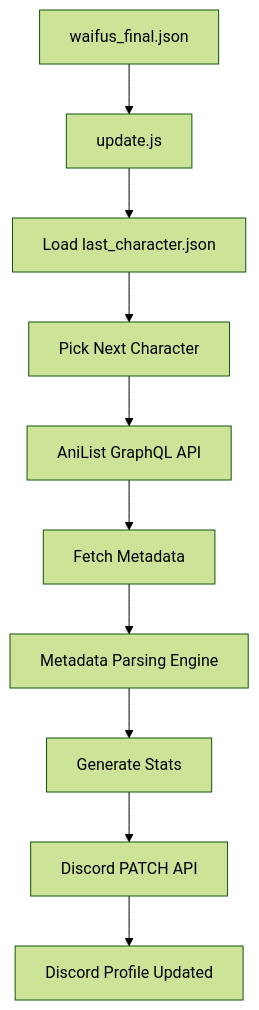
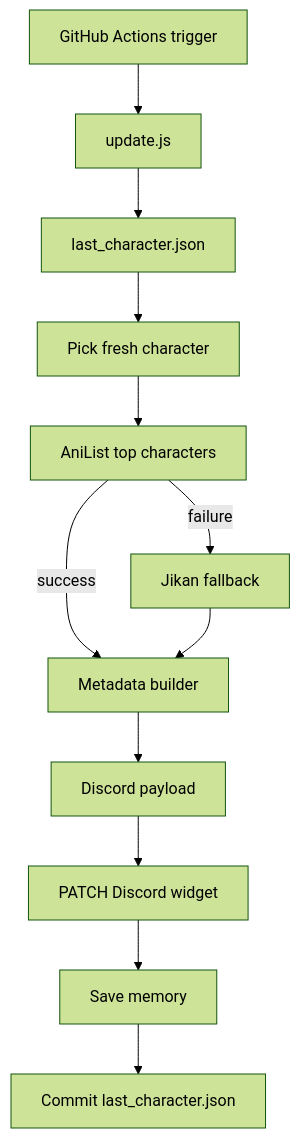
The diagram in README.md (MeYashverma/discord-waifu-widget), drawn with Mermaid (forest theme) before and after one commit. The commit also changed other lines of this file and 14 other files, not shown here.

Commit message:
Recreate widget with live AniList and Jikan sources

````diff
--- a/README.md
+++ b/README.md
@@ -75,21 +136,14 @@
 ```mermaid
 flowchart TD
-
-A[waifus_final.json] --> B[update.js]
-
-B --> C[Load last_character.json]
-
-C --> D[Pick Next Character]
-
-D --> E[AniList GraphQL API]
-
-E --> F[Fetch Metadata]
-
-F --> G[Metadata Parsing Engine]
-
-G --> H[Generate Stats]
-
-H --> I[Discord PATCH API]
-
-I --> J[Discord Profile Updated]
+    GHA[GitHub Actions trigger] --> APP[update.js]
+    APP --> MEM[last_character.json]
+    MEM --> PICK[Pick fresh character]
+    PICK --> ANI[AniList top characters]
+    ANI -->|success| META[Metadata builder]
+    ANI -->|failure| JIKAN[Jikan fallback]
+    JIKAN --> META
+    META --> PAYLOAD[Discord payload]
+    PAYLOAD --> DISCORD[PATCH Discord widget]
+    DISCORD --> SAVE[Save memory]
+    SAVE --> COMMIT[Commit last_character.json]
 ```
````
